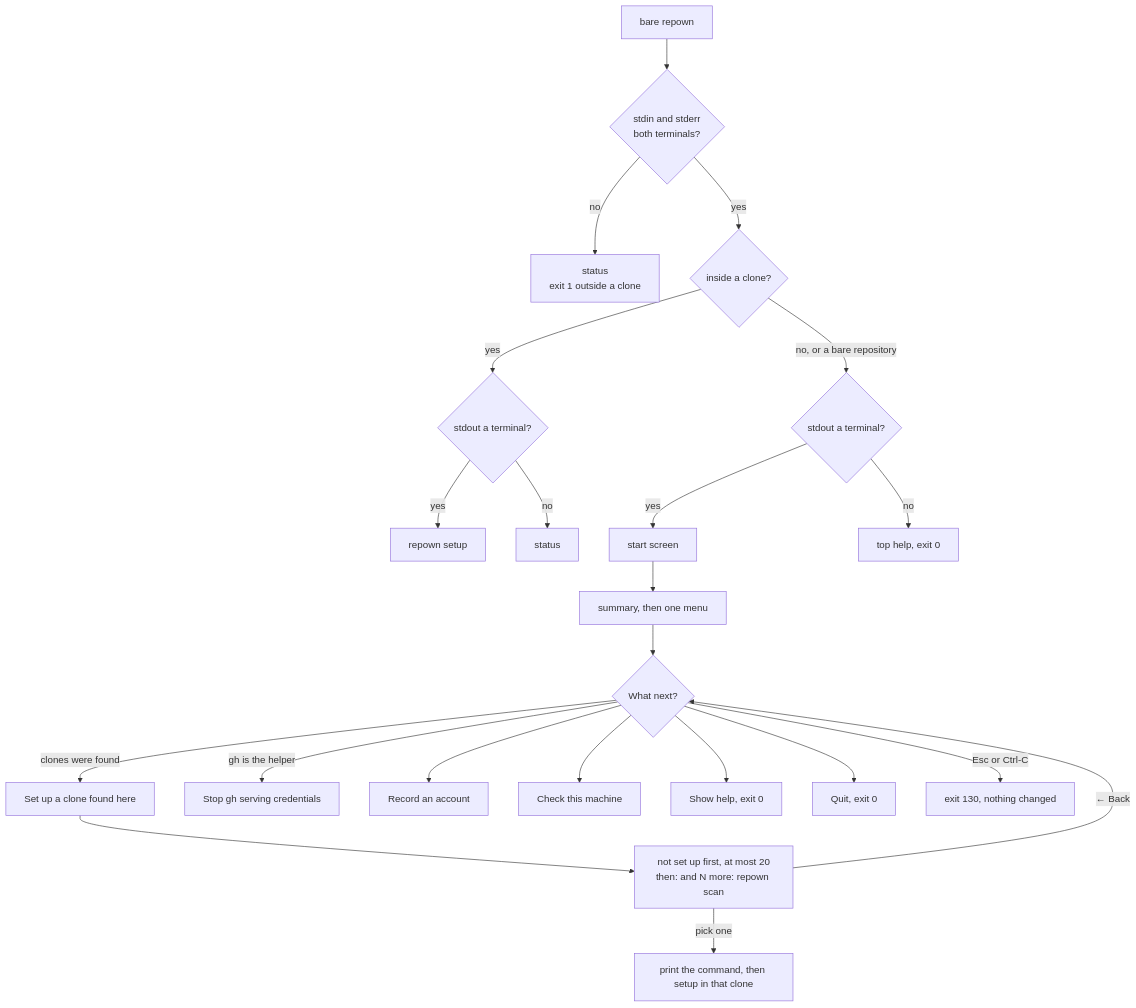
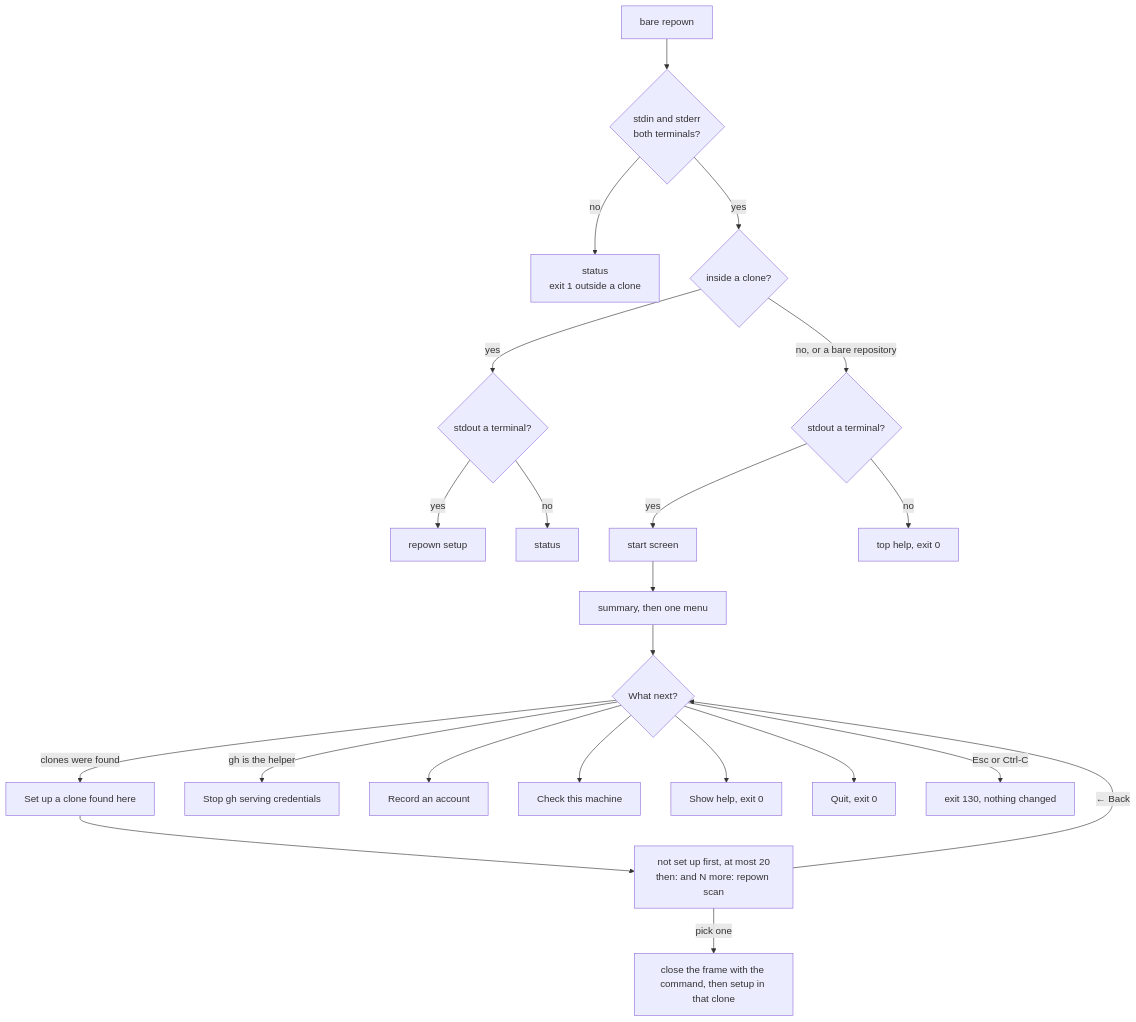
The tenth of 10 diagrams in docs/HOW-IT-WORKS.md (makubexD/repown), drawn with Mermaid before and after one commit. The commit also changed other lines of this file and 5 other files, not shown here.

Commit message:
Document the framed screens: the start screen's summary and hand-over, and setup's opening line inside its frame

````diff
--- a/docs/HOW-IT-WORKS.md
+++ b/docs/HOW-IT-WORKS.md
@@ -947,24 +976,24 @@
 ```mermaid
 flowchart TD
   B["bare repown"] --> I{"stdin and stderr<br/>both terminals?"}
   I -->|no| S["status<br/>exit 1 outside a clone"]
   I -->|yes| C{"inside a clone?"}
   C -->|yes| O1{"stdout a terminal?"}
   O1 -->|yes| SU["repown setup"]
   O1 -->|no| S2["status"]
   C -->|"no, or a bare repository"| O2{"stdout a terminal?"}
   O2 -->|yes| HOME["start screen"]
   O2 -->|no| HELP["top help, exit 0"]
   HOME --> SUM["summary, then one menu"]
   SUM --> MENU{"What next?"}
   MENU -->|clones were found| SET["Set up a clone found here"]
   SET --> LIST["not set up first, at most 20<br/>then: and N more: repown scan"]
-  LIST -->|pick one| RUN["print the command, then setup in that clone"]
+  LIST -->|pick one| RUN["close the frame with the command, then setup in that clone"]
   LIST -->|"← Back"| MENU
   MENU -->|gh is the helper| FIX["Stop gh serving credentials"]
   MENU --> ADD["Record an account"]
   MENU --> DOC["Check this machine"]
   MENU --> SH["Show help, exit 0"]
   MENU --> QUIT["Quit, exit 0"]
   MENU -->|Esc or Ctrl-C| ESC["exit 130, nothing changed"]
 ```
````
